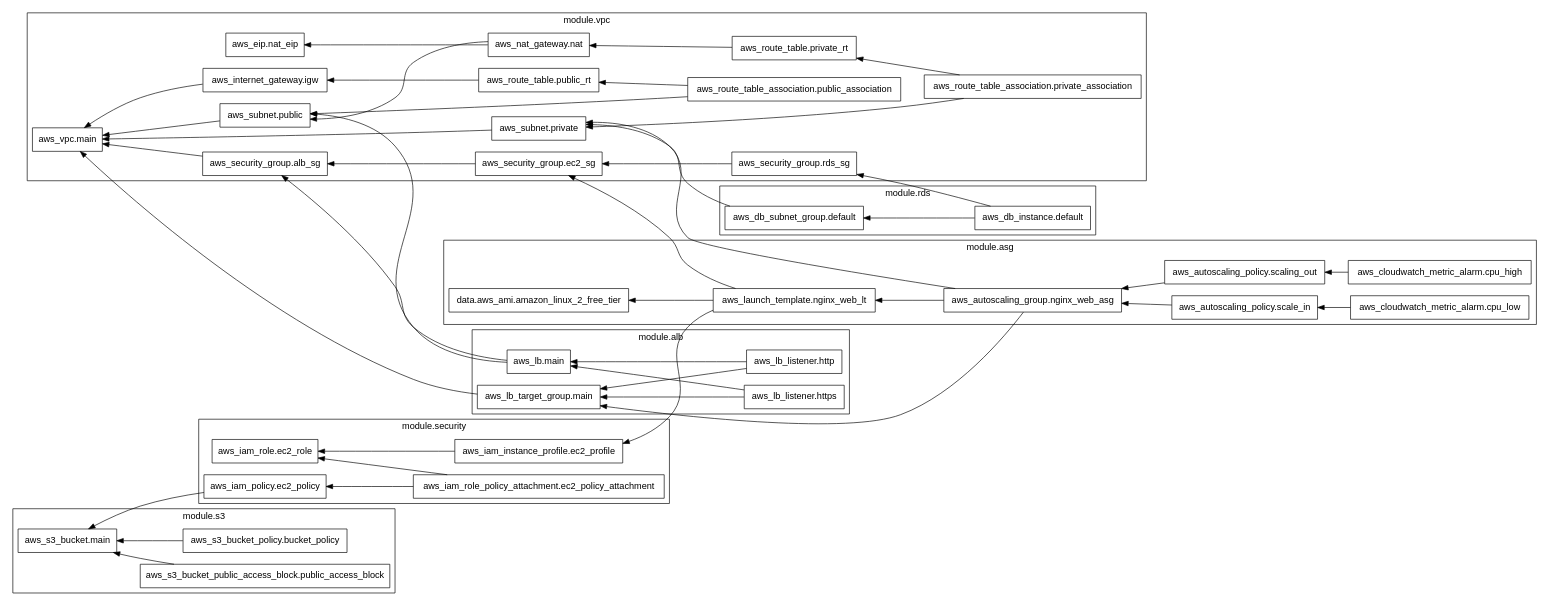
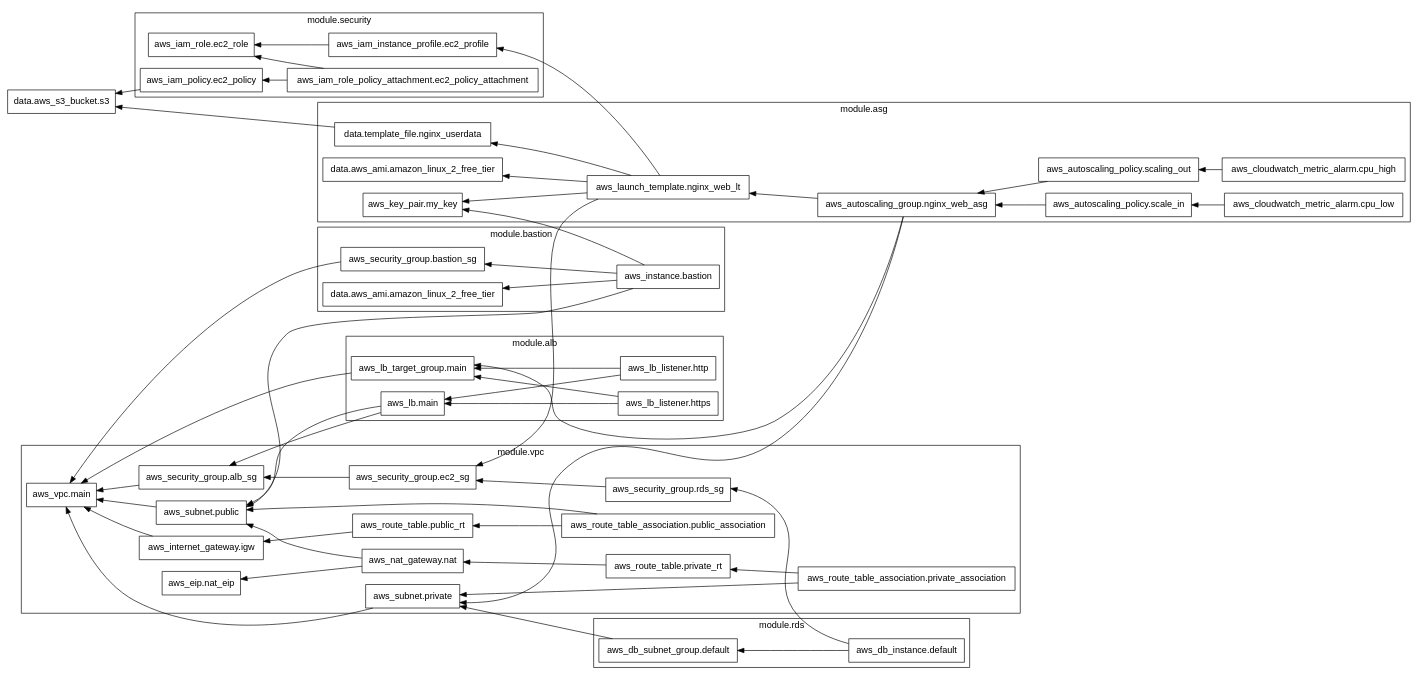
Before and after one commit to DimRev/devops-multitier-app-terraform: the diagram in assets/graph.dot, drawn with Graphviz. The commit also changed 25 other files, not shown here.

First line of the commit message:
feat(bastion): Setup a bastion EC2 instance for debugging

```diff
--- a/assets/graph.dot
+++ b/assets/graph.dot
@@ -1,101 +1,110 @@
 digraph G {
   rankdir = "RL";
   node [shape = rect, fontname = "sans-serif"];
+  "data.aws_s3_bucket.s3" [label="data.aws_s3_bucket.s3"];
   subgraph "cluster_module.alb" {
     label = "module.alb"
     fontname = "sans-serif"
     "module.alb.aws_lb.main" [label="aws_lb.main"];
     "module.alb.aws_lb_listener.http" [label="aws_lb_listener.http"];
     "module.alb.aws_lb_listener.https" [label="aws_lb_listener.https"];
     "module.alb.aws_lb_target_group.main" [label="aws_lb_target_group.main"];
   }
   subgraph "cluster_module.asg" {
     label = "module.asg"
     fontname = "sans-serif"
     "module.asg.data.aws_ami.amazon_linux_2_free_tier" [label="data.aws_ami.amazon_linux_2_free_tier"];
+    "module.asg.data.template_file.nginx_userdata" [label="data.template_file.nginx_userdata"];
     "module.asg.aws_autoscaling_group.nginx_web_asg" [label="aws_autoscaling_group.nginx_web_asg"];
     "module.asg.aws_autoscaling_policy.scale_in" [label="aws_autoscaling_policy.scale_in"];
     "module.asg.aws_autoscaling_policy.scaling_out" [label="aws_autoscaling_policy.scaling_out"];
     "module.asg.aws_cloudwatch_metric_alarm.cpu_high" [label="aws_cloudwatch_metric_alarm.cpu_high"];
     "module.asg.aws_cloudwatch_metric_alarm.cpu_low" [label="aws_cloudwatch_metric_alarm.cpu_low"];
+    "module.asg.aws_key_pair.my_key" [label="aws_key_pair.my_key"];
     "module.asg.aws_launch_template.nginx_web_lt" [label="aws_launch_template.nginx_web_lt"];
+  }
+  subgraph "cluster_module.bastion" {
+    label = "module.bastion"
+    fontname = "sans-serif"
+    "module.bastion.data.aws_ami.amazon_linux_2_free_tier" [label="data.aws_ami.amazon_linux_2_free_tier"];
+    "module.bastion.aws_instance.bastion" [label="aws_instance.bastion"];
+    "module.bastion.aws_security_group.bastion_sg" [label="aws_security_group.bastion_sg"];
   }
   subgraph "cluster_module.rds" {
     label = "module.rds"
     fontname = "sans-serif"
     "module.rds.aws_db_instance.default" [label="aws_db_instance.default"];
     "module.rds.aws_db_subnet_group.default" [label="aws_db_subnet_group.default"];
-  }
-  subgraph "cluster_module.s3" {
-    label = "module.s3"
-    fontname = "sans-serif"
-    "module.s3.aws_s3_bucket.main" [label="aws_s3_bucket.main"];
-    "module.s3.aws_s3_bucket_policy.bucket_policy" [label="aws_s3_bucket_policy.bucket_policy"];
-    "module.s3.aws_s3_bucket_public_access_block.public_access_block" [label="aws_s3_bucket_public_access_block.public_access_block"];
   }
   subgraph "cluster_module.security" {
     label = "module.security"
     fontname = "sans-serif"
     "module.security.aws_iam_instance_profile.ec2_profile" [label="aws_iam_instance_profile.ec2_profile"];
     "module.security.aws_iam_policy.ec2_policy" [label="aws_iam_policy.ec2_policy"];
     "module.security.aws_iam_role.ec2_role" [label="aws_iam_role.ec2_role"];
     "module.security.aws_iam_role_policy_attachment.ec2_policy_attachment" [label="aws_iam_role_policy_attachment.ec2_policy_attachment"];
   }
   subgraph "cluster_module.vpc" {
     label = "module.vpc"
     fontname = "sans-serif"
     "module.vpc.aws_eip.nat_eip" [label="aws_eip.nat_eip"];
     "module.vpc.aws_internet_gateway.igw" [label="aws_internet_gateway.igw"];
     "module.vpc.aws_nat_gateway.nat" [label="aws_nat_gateway.nat"];
     "module.vpc.aws_route_table.private_rt" [label="aws_route_table.private_rt"];
     "module.vpc.aws_route_table.public_rt" [label="aws_route_table.public_rt"];
     "module.vpc.aws_route_table_association.private_association" [label="aws_route_table_association.private_association"];
     "module.vpc.aws_route_table_association.public_association" [label="aws_route_table_association.public_association"];
     "module.vpc.aws_security_group.alb_sg" [label="aws_security_group.alb_sg"];
     "module.vpc.aws_security_group.ec2_sg" [label="aws_security_group.ec2_sg"];
     "module.vpc.aws_security_group.rds_sg" [label="aws_security_group.rds_sg"];
     "module.vpc.aws_subnet.private" [label="aws_subnet.private"];
     "module.vpc.aws_subnet.public" [label="aws_subnet.public"];
     "module.vpc.aws_vpc.main" [label="aws_vpc.main"];
   }
   "module.alb.aws_lb.main" -> "module.vpc.aws_security_group.alb_sg";
   "module.alb.aws_lb.main" -> "module.vpc.aws_subnet.public";
   "module.alb.aws_lb_listener.http" -> "module.alb.aws_lb.main";
   "module.alb.aws_lb_listener.http" -> "module.alb.aws_lb_target_group.main";
   "module.alb.aws_lb_listener.https" -> "module.alb.aws_lb.main";
   "module.alb.aws_lb_listener.https" -> "module.alb.aws_lb_target_group.main";
   "module.alb.aws_lb_target_group.main" -> "module.vpc.aws_vpc.main";
+  "module.asg.data.template_file.nginx_userdata" -> "data.aws_s3_bucket.s3";
   "module.asg.aws_autoscaling_group.nginx_web_asg" -> "module.alb.aws_lb_target_group.main";
   "module.asg.aws_autoscaling_group.nginx_web_asg" -> "module.asg.aws_launch_template.nginx_web_lt";
   "module.asg.aws_autoscaling_group.nginx_web_asg" -> "module.vpc.aws_subnet.private";
   "module.asg.aws_autoscaling_policy.scale_in" -> "module.asg.aws_autoscaling_group.nginx_web_asg";
   "module.asg.aws_autoscaling_policy.scaling_out" -> "module.asg.aws_autoscaling_group.nginx_web_asg";
   "module.asg.aws_cloudwatch_metric_alarm.cpu_high" -> "module.asg.aws_autoscaling_policy.scaling_out";
   "module.asg.aws_cloudwatch_metric_alarm.cpu_low" -> "module.asg.aws_autoscaling_policy.scale_in";
   "module.asg.aws_launch_template.nginx_web_lt" -> "module.asg.data.aws_ami.amazon_linux_2_free_tier";
+  "module.asg.aws_launch_template.nginx_web_lt" -> "module.asg.data.template_file.nginx_userdata";
+  "module.asg.aws_launch_template.nginx_web_lt" -> "module.asg.aws_key_pair.my_key";
   "module.asg.aws_launch_template.nginx_web_lt" -> "module.security.aws_iam_instance_profile.ec2_profile";
   "module.asg.aws_launch_template.nginx_web_lt" -> "module.vpc.aws_security_group.ec2_sg";
+  "module.bastion.aws_instance.bastion" -> "module.asg.aws_key_pair.my_key";
+  "module.bastion.aws_instance.bastion" -> "module.bastion.data.aws_ami.amazon_linux_2_free_tier";
+  "module.bastion.aws_instance.bastion" -> "module.bastion.aws_security_group.bastion_sg";
+  "module.bastion.aws_instance.bastion" -> "module.vpc.aws_subnet.public";
+  "module.bastion.aws_security_group.bastion_sg" -> "module.vpc.aws_vpc.main";
   "module.rds.aws_db_instance.default" -> "module.rds.aws_db_subnet_group.default";
   "module.rds.aws_db_instance.default" -> "module.vpc.aws_security_group.rds_sg";
   "module.rds.aws_db_subnet_group.default" -> "module.vpc.aws_subnet.private";
-  "module.s3.aws_s3_bucket_policy.bucket_policy" -> "module.s3.aws_s3_bucket.main";
-  "module.s3.aws_s3_bucket_public_access_block.public_access_block" -> "module.s3.aws_s3_bucket.main";
   "module.security.aws_iam_instance_profile.ec2_profile" -> "module.security.aws_iam_role.ec2_role";
-  "module.security.aws_iam_policy.ec2_policy" -> "module.s3.aws_s3_bucket.main";
+  "module.security.aws_iam_policy.ec2_policy" -> "data.aws_s3_bucket.s3";
   "module.security.aws_iam_role_policy_attachment.ec2_policy_attachment" -> "module.security.aws_iam_policy.ec2_policy";
   "module.security.aws_iam_role_policy_attachment.ec2_policy_attachment" -> "module.security.aws_iam_role.ec2_role";
   "module.vpc.aws_internet_gateway.igw" -> "module.vpc.aws_vpc.main";
   "module.vpc.aws_nat_gateway.nat" -> "module.vpc.aws_eip.nat_eip";
   "module.vpc.aws_nat_gateway.nat" -> "module.vpc.aws_subnet.public";
   "module.vpc.aws_route_table.private_rt" -> "module.vpc.aws_nat_gateway.nat";
   "module.vpc.aws_route_table.public_rt" -> "module.vpc.aws_internet_gateway.igw";
   "module.vpc.aws_route_table_association.private_association" -> "module.vpc.aws_route_table.private_rt";
   "module.vpc.aws_route_table_association.private_association" -> "module.vpc.aws_subnet.private";
   "module.vpc.aws_route_table_association.public_association" -> "module.vpc.aws_route_table.public_rt";
   "module.vpc.aws_route_table_association.public_association" -> "module.vpc.aws_subnet.public";
   "module.vpc.aws_security_group.alb_sg" -> "module.vpc.aws_vpc.main";
   "module.vpc.aws_security_group.ec2_sg" -> "module.vpc.aws_security_group.alb_sg";
   "module.vpc.aws_security_group.rds_sg" -> "module.vpc.aws_security_group.ec2_sg";
   "module.vpc.aws_subnet.private" -> "module.vpc.aws_vpc.main";
   "module.vpc.aws_subnet.public" -> "module.vpc.aws_vpc.main";
 }
```
